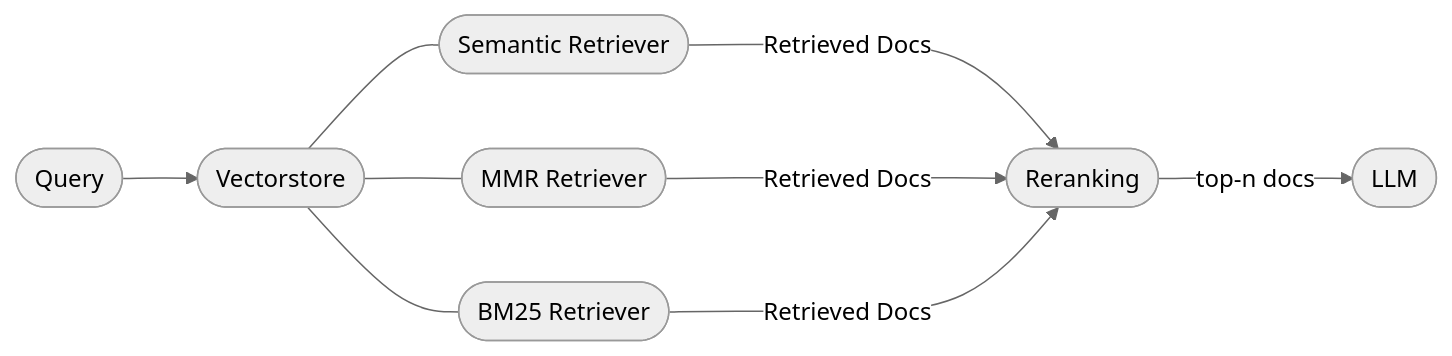
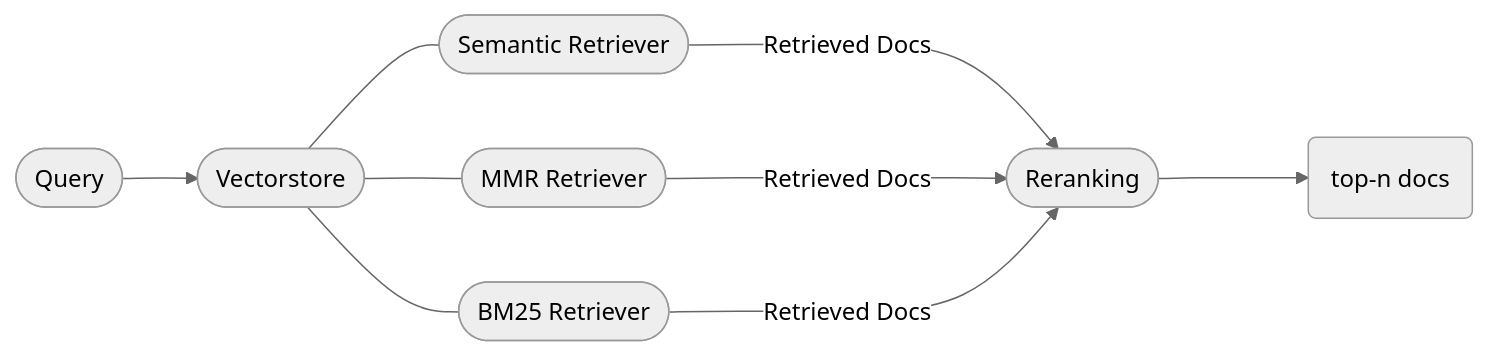
One commit to The-OpenROAD-Project/ORAssistant changed the first of 2 diagrams in README.md. Above: the diagram before and after it, drawn with Mermaid (neutral theme). The commit also changed other lines of this file and 21 other files, not shown here.

````diff
--- a/README.md
+++ b/README.md
@@ -107,15 +95,15 @@
 ```mermaid
 flowchart LR
     id0([Query]) --> id1
 
     id1([Vectorstore]) --- id2([Semantic Retriever])
     id1([Vectorstore]) --- id3([MMR Retriever])
     id1([Vectorstore]) --- id4([BM25 Retriever])
 
     id2([Semantic Retriever]) -- Retrieved Docs ---> id5([Reranking]) 
     id3([MMR Retriever]) -- Retrieved Docs ---> id5([Reranking])
     id4([BM25 Retriever]) -- Retrieved Docs ---> id5([Reranking])
 
-    id5([Reranking]) -- top-n docs --> id6([LLM])
+    id5([Reranking]) ---> id6(top-n docs)
  
-```
+``` 
````
